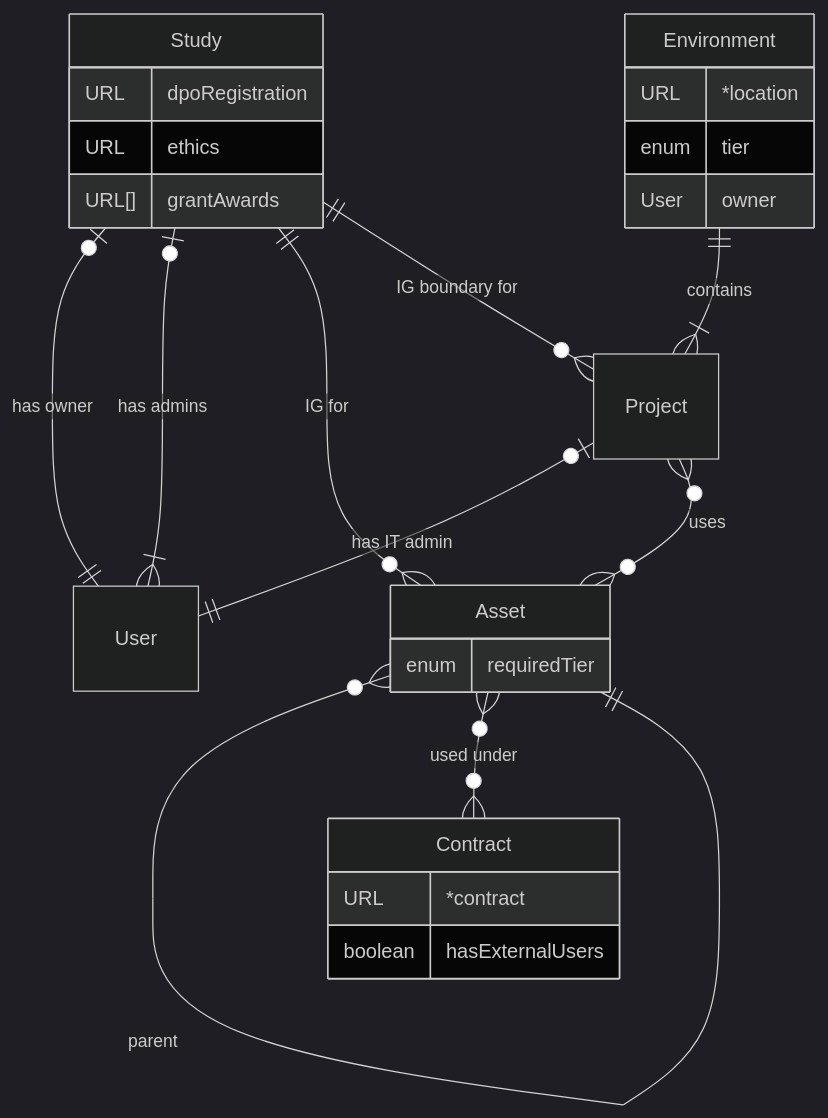
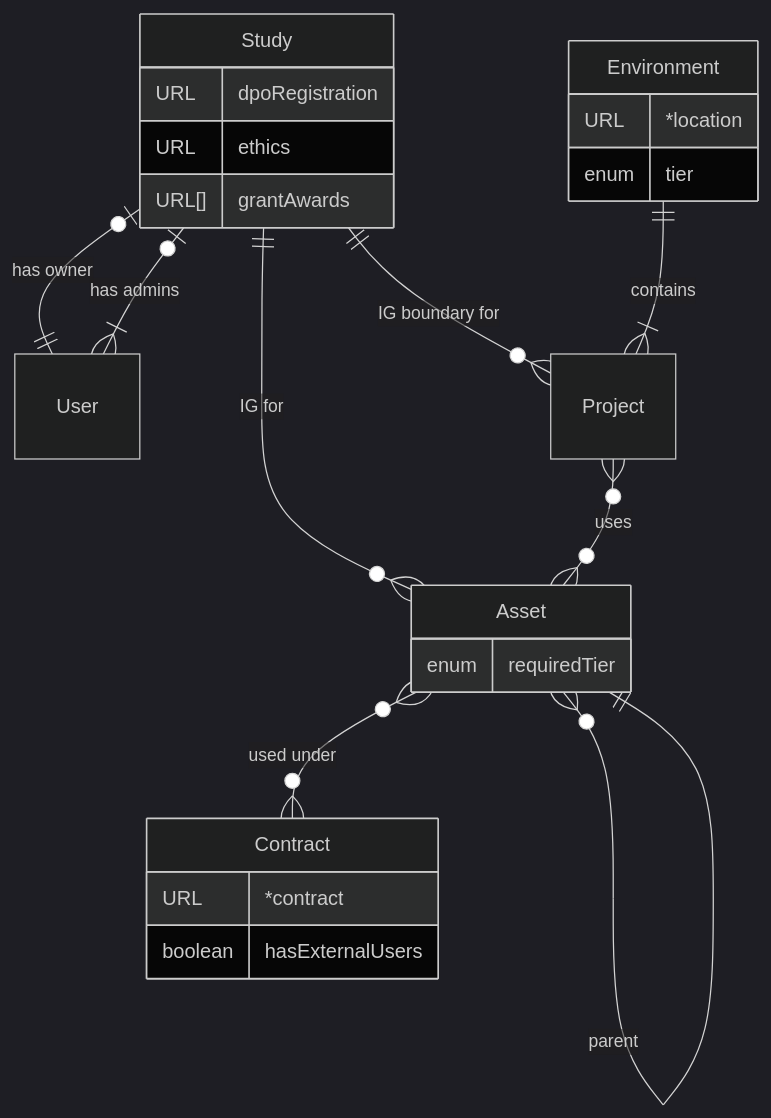
One commit to ucl-arc-tre/portal changed the diagram in docs/High-Level_Design.md. Above: the diagram before and after it, drawn with Mermaid (dark theme). The commit also changed other lines of this file and 1 other file, not shown here.

````diff
--- a/docs/High-Level_Design.md
+++ b/docs/High-Level_Design.md
@@ -61,30 +61,28 @@
 ```mermaid
 erDiagram
 User
 Study {
     URL dpoRegistration
     URL ethics
     URL[] grantAwards
 }
 Study |o--|| User : "has owner"
 Study |o--|{ User : "has admins"
 Asset {
     enum requiredTier
 }
 Study ||--o{ Asset : "IG for"
 Asset }o--|| Asset : parent
 Contract {
     URL *contract
     boolean hasExternalUsers
 }
 Asset }o--o{ Contract : "used under"
-Project |o--|| User : "has IT admin"
 Study ||--o{ Project : "IG boundary for"
 Project }o--o{ Asset : uses
 Environment {
     URL *location
     enum tier
-    User owner
 }
 Environment ||--|{ Project : contains
 ```
````
